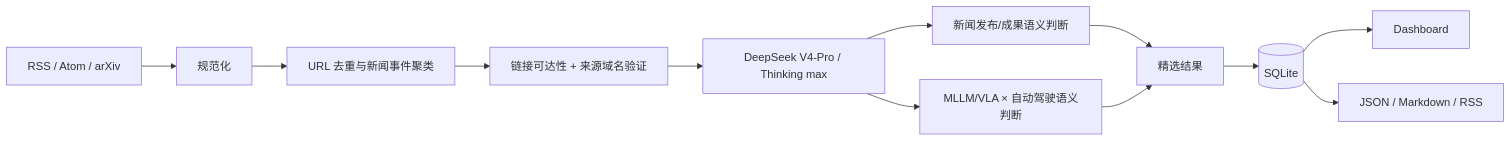
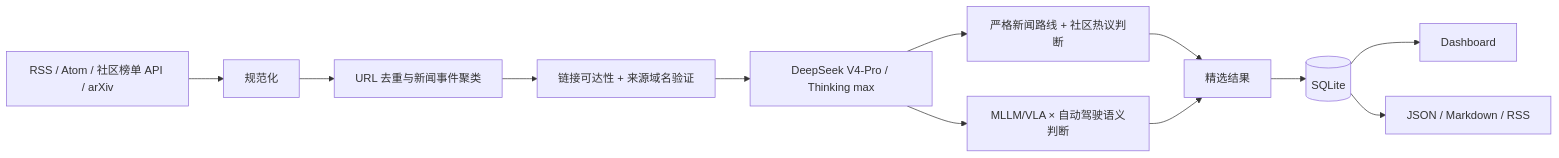
The diagram in README.md (Allthingsone/daily-ai-radar), drawn with Mermaid before and after one commit. The commit also changed other lines of this file and 32 other files, not shown here.

````diff
--- a/README.md
+++ b/README.md
@@ -88,14 +90,14 @@
 ```mermaid
 flowchart LR
-    A[RSS / Atom / arXiv] --> B[规范化]
+    A[RSS / Atom / 社区榜单 API / arXiv] --> B[规范化]
     B --> C[URL 去重与新闻事件聚类]
     C --> V[链接可达性 + 来源域名验证]
     V --> D[DeepSeek V4-Pro / Thinking max]
-    D --> E[新闻发布/成果语义判断]
+    D --> E[严格新闻路线 + 社区热议判断]
     D --> F[MLLM/VLA × 自动驾驶语义判断]
     E --> H[精选结果]
     F --> H
     H --> I[(SQLite)]
     I --> J[Dashboard]
     I --> K[JSON / Markdown / RSS]
 ```
````
